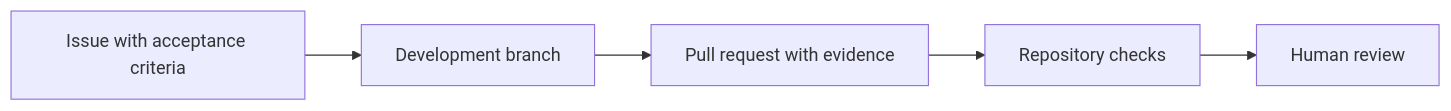
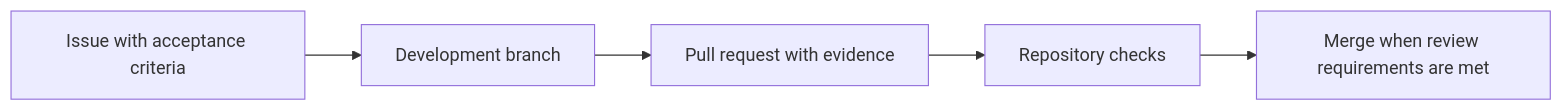
Before and after one commit to niikei/agentic-pm: the diagram in CONTRIBUTING.md, drawn with Mermaid. The commit also changed other lines of this file and 3 other files, not shown here.

````diff
--- a/CONTRIBUTING.md
+++ b/CONTRIBUTING.md
@@ -78,7 +78,7 @@
 ```mermaid
 flowchart LR
     Issue[Issue with acceptance criteria] --> Branch[Development branch]
     Branch --> PR[Pull request with evidence]
     PR --> Checks[Repository checks]
-    Checks --> Review[Human review]
+    Checks --> Merge[Merge when review requirements are met]
 ```
````
